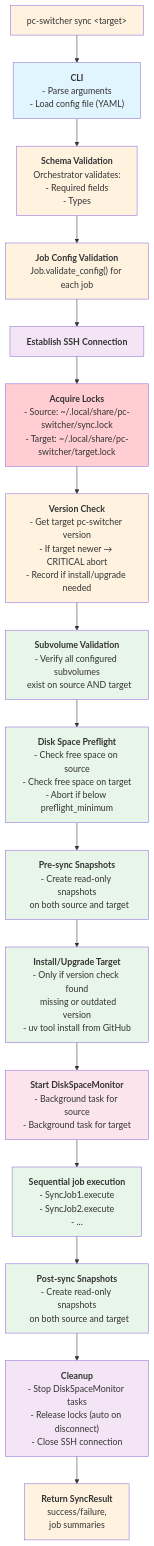
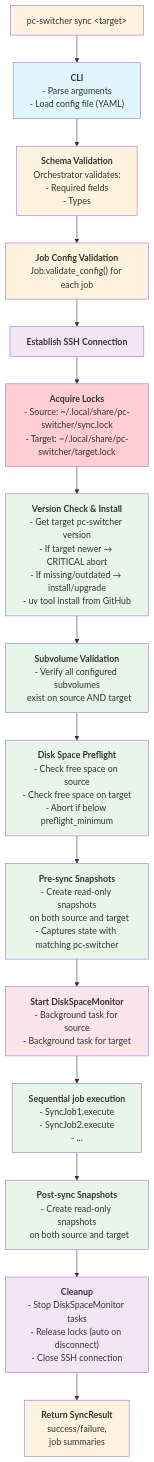
Diagram 15 of 19 in specs/001-foundation/architecture.md (flaksit/pc-switcher), drawn with Mermaid before and after one commit. The commit also changed other lines of this file and 4 other files, not shown here.

````diff
--- a/specs/001-foundation/architecture.md
+++ b/specs/001-foundation/architecture.md
@@ -1017,67 +1016,63 @@
 ```mermaid
 graph TD
     Start["pc-switcher sync &lt;target&gt;"]
 
     CLI["<b>CLI</b><br/>- Parse arguments<br/>- Load config file (YAML)"]
 
     SchemaVal["<b>Schema Validation</b><br/>Orchestrator validates:<br/>- Required fields<br/>- Types"]
 
     JobConfigVal["<b>Job Config Validation</b><br/>Job.validate_config() for each job"]
 
     Connect["<b>Establish SSH Connection</b>"]
 
     AcquireLocks["<b>Acquire Locks</b><br/>- Source: ~/.local/share/pc-switcher/sync.lock<br/>- Target: ~/.local/share/pc-switcher/target.lock"]
 
-    VersionCheck["<b>Version Check</b><br/>- Get target pc-switcher version<br/>- If target newer → CRITICAL abort<br/>- Record if install/upgrade needed"]
+    VersionCheck["<b>Version Check & Install</b><br/>- Get target pc-switcher version<br/>- If target newer → CRITICAL abort<br/>- If missing/outdated → install/upgrade<br/>- uv tool install from GitHub"]
 
     SubvolCheck["<b>Subvolume Validation</b><br/>- Verify all configured subvolumes<br/>  exist on source AND target"]
 
     DiskPreflight["<b>Disk Space Preflight</b><br/>- Check free space on source<br/>- Check free space on target<br/>- Abort if below preflight_minimum"]
 
-    SnapPre["<b>Pre-sync Snapshots</b><br/>- Create read-only snapshots<br/>  on both source and target"]
-
-    InstallTarget["<b>Install/Upgrade Target</b><br/>- Only if version check found<br/>  missing or outdated version<br/>- uv tool install from GitHub"]
+    SnapPre["<b>Pre-sync Snapshots</b><br/>- Create read-only snapshots<br/>  on both source and target<br/>- Captures state with matching pc-switcher"]
 
     StartDiskMon["<b>Start DiskSpaceMonitor</b><br/>- Background task for source<br/>- Background task for target"]
 
     SyncJobs["<b>Sequential job execution</b><br/>- SyncJob1.execute<br/>- SyncJob2.execute<br/>- ..."]
 
     SnapPost["<b>Post-sync Snapshots</b><br/>- Create read-only snapshots<br/>  on both source and target"]
 
     Cleanup["<b>Cleanup</b><br/>- Stop DiskSpaceMonitor tasks<br/>- Release locks (auto on disconnect)<br/>- Close SSH connection"]
 
     Result["<b>Return SyncResult</b><br/>success/failure,<br/>job summaries"]
 
     Start --> CLI
     CLI --> SchemaVal
     SchemaVal --> JobConfigVal
     JobConfigVal --> Connect
     Connect --> AcquireLocks
     AcquireLocks --> VersionCheck
     VersionCheck --> SubvolCheck
     SubvolCheck --> DiskPreflight
     DiskPreflight --> SnapPre
-    SnapPre --> InstallTarget
-    InstallTarget --> StartDiskMon
+    SnapPre --> StartDiskMon
     StartDiskMon --> SyncJobs
     SyncJobs --> SnapPost
     SnapPost --> Cleanup
     Cleanup --> Result
 
     style Start fill:#fff3e0
     style CLI fill:#e1f5ff
     style SchemaVal fill:#fff3e0
     style JobConfigVal fill:#fff3e0
     style Connect fill:#f3e5f5
     style AcquireLocks fill:#ffcdd2
-    style VersionCheck fill:#fff3e0
+    style VersionCheck fill:#e8f5e9
     style SubvolCheck fill:#e8f5e9
     style DiskPreflight fill:#e8f5e9
     style SnapPre fill:#e8f5e9
-    style InstallTarget fill:#e8f5e9
     style StartDiskMon fill:#fce4ec
     style SyncJobs fill:#e8f5e9
     style SnapPost fill:#e8f5e9
     style Cleanup fill:#f3e5f5
     style Result fill:#fff3e0
 ```
````
